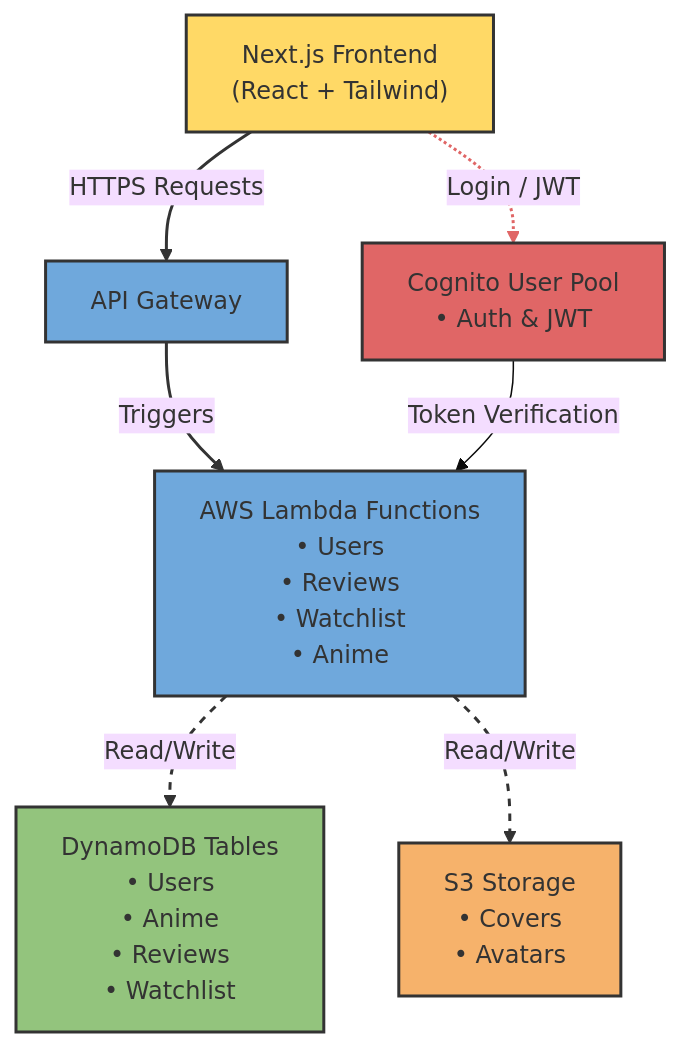
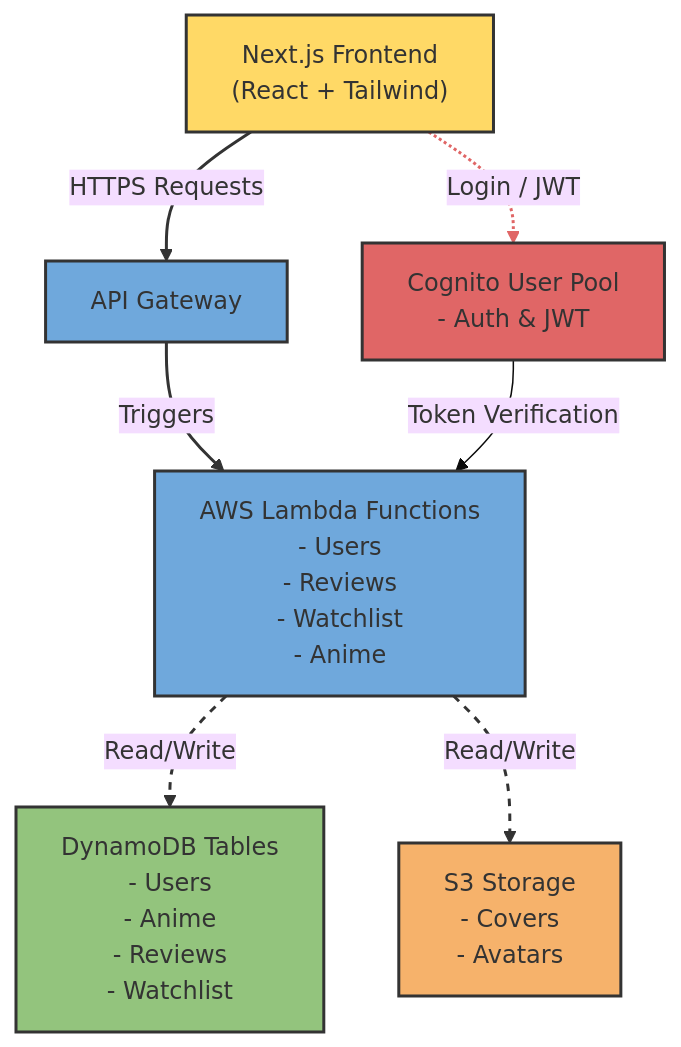
The diagram in README.md (Adam-Kelly-05/Project300-Anime-Website), drawn with Mermaid (base theme) before and after one commit.

Commit message:
Improve formatting in README for backend services
Updated formatting for AWS Lambda Functions, DynamoDB Tables, S3 Storage, and Cognito User Pool sections.

````diff
--- a/README.md
+++ b/README.md
@@ -102,32 +102,32 @@
 ```mermaid
 flowchart TD
     %% Style settings
     classDef frontend fill:#FFD966,stroke:#333,stroke-width:2px;
     classDef backend fill:#6FA8DC,stroke:#333,stroke-width:2px;
     classDef db fill:#93C47D,stroke:#333,stroke-width:2px;
     classDef auth fill:#E06666,stroke:#333,stroke-width:2px;
     classDef storage fill:#F6B26B,stroke:#333,stroke-width:2px;
 
     %% Nodes
     A["Next.js Frontend<br/>(React + Tailwind)"]:::frontend
     B["API Gateway"]:::backend
-    C["AWS Lambda Functions\n• Users\n• Reviews\n• Watchlist\n• Anime"]:::backend
-    D["DynamoDB Tables\n• Users\n• Anime\n• Reviews\n• Watchlist"]:::db
-    E["S3 Storage\n• Covers\n• Avatars"]:::storage
-    F["Cognito User Pool\n• Auth & JWT"]:::auth
+    C["AWS Lambda Functions<br/>- Users<br/>- Reviews<br/>- Watchlist<br/>- Anime"]:::backend
+    D["DynamoDB Tables<br/>- Users<br/>- Anime<br/>- Reviews<br/>- Watchlist"]:::db
+    E["S3 Storage<br/>- Covers<br/>- Avatars"]:::storage
+    F["Cognito User Pool<br/>- Auth & JWT"]:::auth
 
     %% Connections
     A -->|HTTPS Requests| B
     B -->|Triggers| C
     C -->|Read/Write| D
     C -->|Read/Write| E
     A -->|Login / JWT| F
     F -->|Token Verification| C
 
     %% Additional styling for arrows
     linkStyle 0 stroke:#333,stroke-width:2px;
     linkStyle 1 stroke:#333,stroke-width:2px;
     linkStyle 2 stroke:#333,stroke-width:2px,stroke-dasharray: 5,5;
     linkStyle 3 stroke:#333,stroke-width:2px,stroke-dasharray: 5,5;
     linkStyle 4 stroke:#E06666,stroke-width:2px,stroke-dasharray: 2,2;
 ```
````
